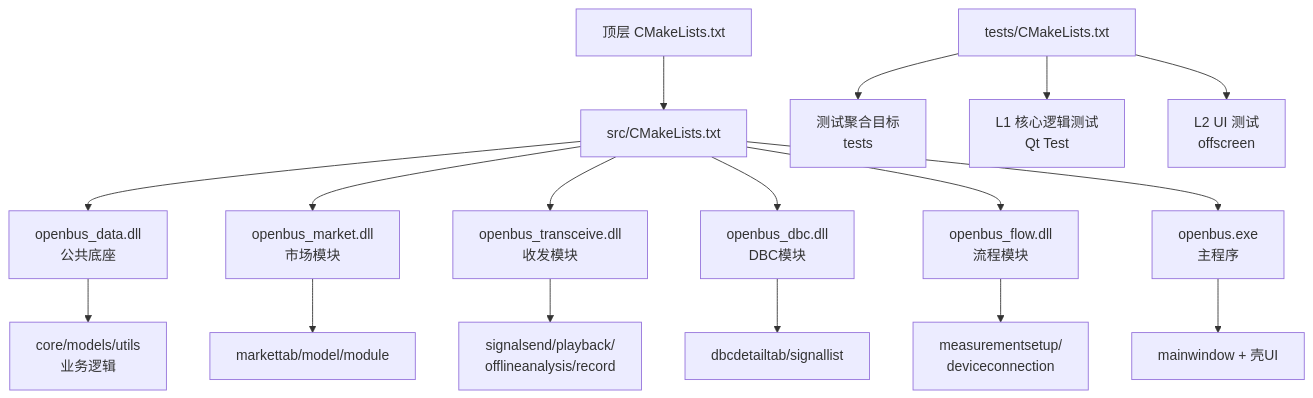
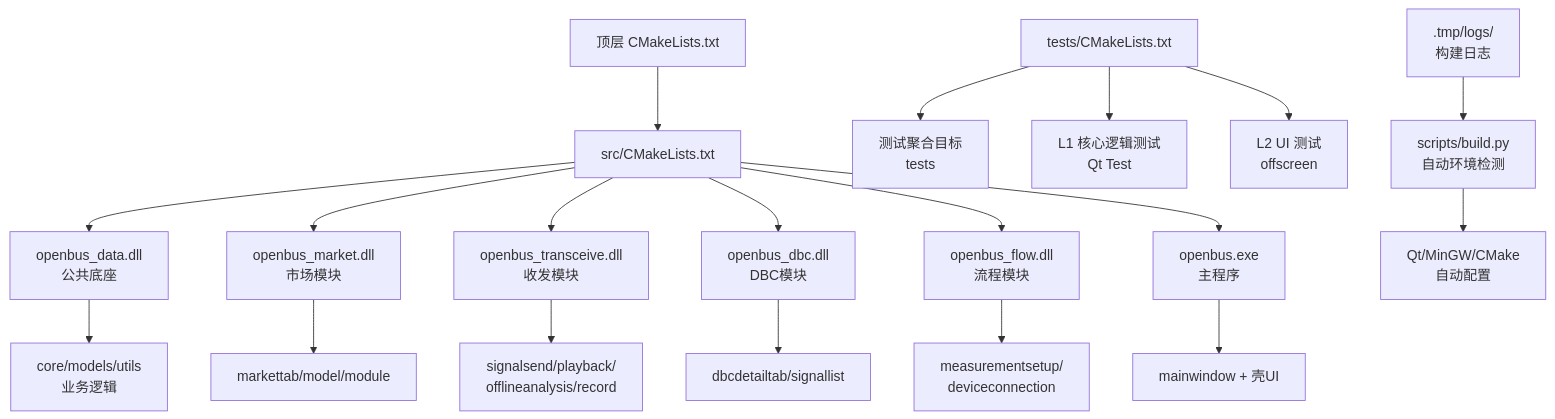
Before and after one commit to jakecai1225-design/OpenBus: the first of 5 diagrams in .qoder/repowiki/zh/content/构建和部署/构建流程/构建流程.md, drawn with Mermaid. The commit also changed other lines of this file and 58 other files, not shown here.

````diff
--- a/.qoder/repowiki/zh/content/构建和部署/构建流程/构建流程.md
+++ b/.qoder/repowiki/zh/content/构建和部署/构建流程/构建流程.md
@@ -73,19 +76,21 @@
 ```mermaid
 graph TB
 A["顶层 CMakeLists.txt"] --> B["src/CMakeLists.txt"]
 B --> C["openbus_data.dll<br/>公共底座"]
 B --> D["openbus_market.dll<br/>市场模块"]
 B --> E["openbus_transceive.dll<br/>收发模块"]
 B --> F["openbus_dbc.dll<br/>DBC模块"]
 B --> G["openbus_flow.dll<br/>流程模块"]
 B --> H["openbus.exe<br/>主程序"]
 C --> I["core/models/utils<br/>业务逻辑"]
 D --> J["markettab/model/module"]
 E --> K["signalsend/playback/<br/>offlineanalysis/record"]
 F --> L["dbcdetailtab/signallist"]
 G --> M["measurementsetup/<br/>deviceconnection"]
 H --> N["mainwindow + 壳UI"]
 O["tests/CMakeLists.txt"] --> P["测试聚合目标<br/>tests"]
 O --> Q["L1 核心逻辑测试<br/>Qt Test"]
 O --> R["L2 UI 测试<br/>offscreen"]
+S[".tmp/logs/<br/>构建日志"] --> T["scripts/build.py<br/>自动环境检测"]
+T --> U["Qt/MinGW/CMake<br/>自动配置"]
 ```
````
